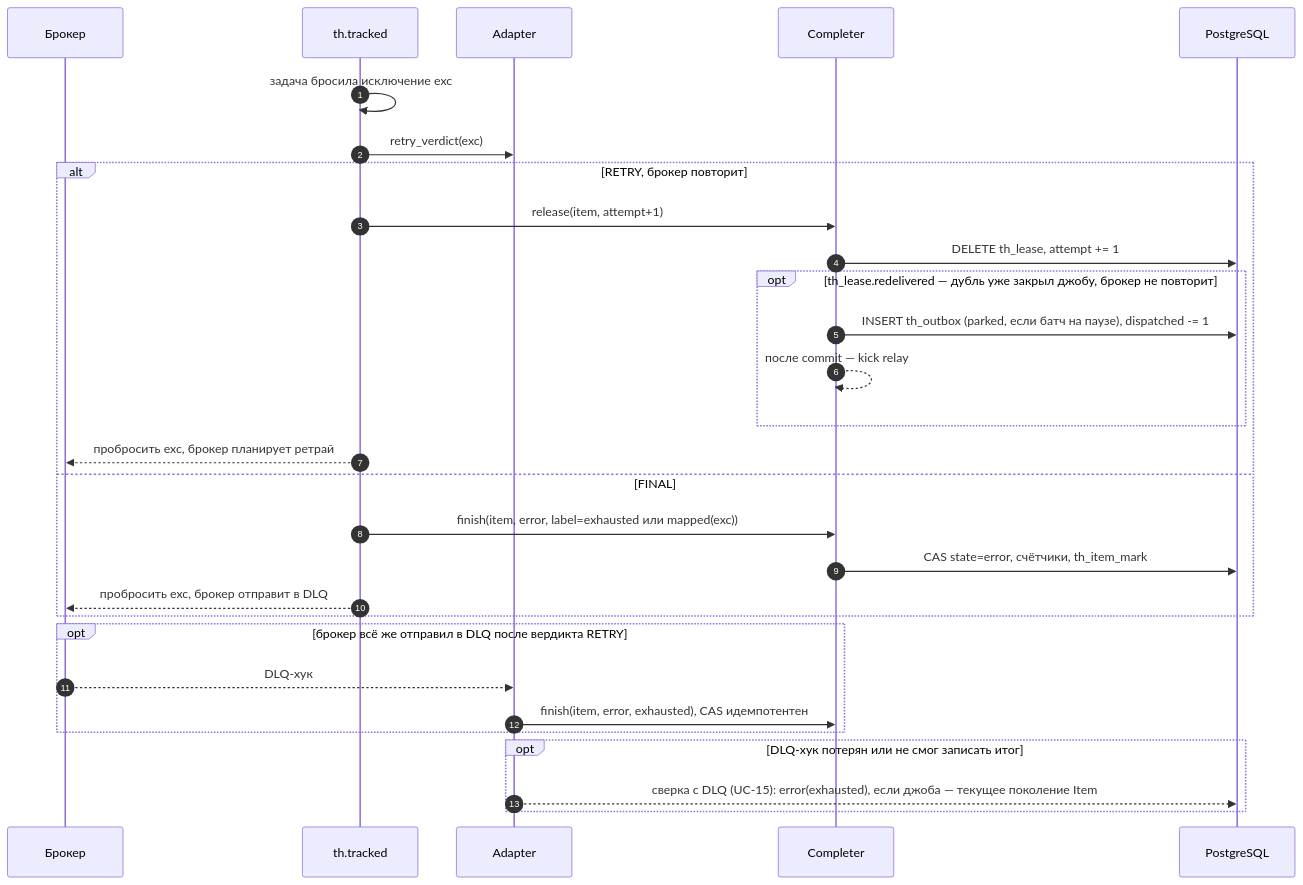
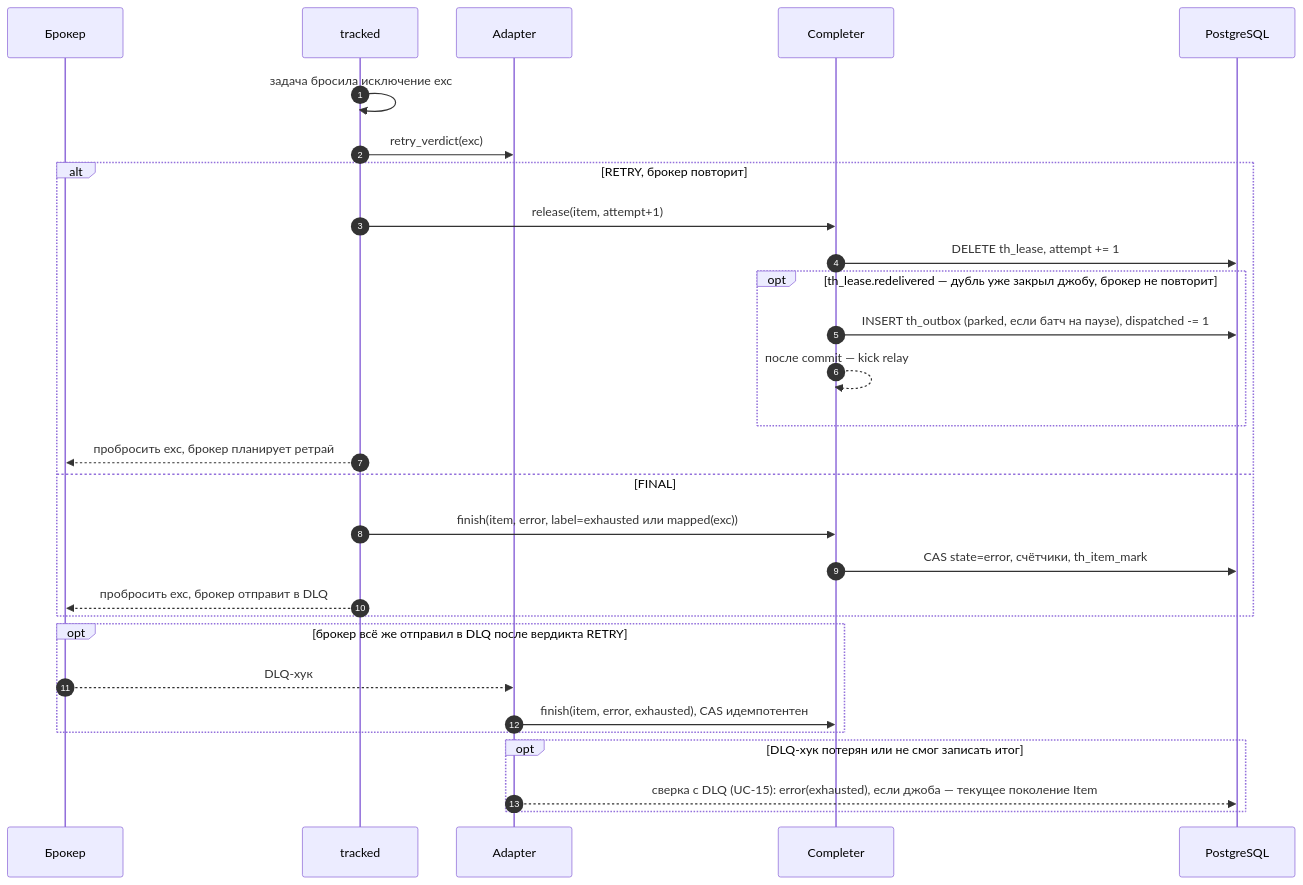
Before and after one commit to 0cherednoq/Tallyho: diagram 16 of 40 in docs/ARCHITECTURE.md, drawn with Mermaid. The commit also changed other lines of this file, not shown here.

First line of the commit message:
Fix-13: ARCHITECTURE — публичный API задачи и потоковое добавление

````diff
--- a/docs/ARCHITECTURE.md
+++ b/docs/ARCHITECTURE.md
@@ -983,32 +991,32 @@
 ```mermaid
 sequenceDiagram
     autonumber
     participant B as Брокер
-    participant MW as th.tracked
+    participant MW as tracked
     participant A as Adapter
     participant C as Completer
     participant DB as PostgreSQL
 
     MW->>MW: задача бросила исключение exc
     MW->>A: retry_verdict(exc)
     alt RETRY, брокер повторит
         MW->>C: release(item, attempt+1)
         C->>DB: DELETE th_lease, attempt += 1
         opt th_lease.redelivered — дубль уже закрыл джобу, брокер не повторит
             C->>DB: INSERT th_outbox (parked, если батч на паузе), dispatched -= 1
             C-->>C: после commit — kick relay
         end
         MW-->>B: пробросить exc, брокер планирует ретрай
     else FINAL
         MW->>C: finish(item, error, label=exhausted или mapped(exc))
         C->>DB: CAS state=error, счётчики, th_item_mark
         MW-->>B: пробросить exc, брокер отправит в DLQ
     end
     opt брокер всё же отправил в DLQ после вердикта RETRY
         B-->>A: DLQ-хук
         A->>C: finish(item, error, exhausted), CAS идемпотентен
     end
     opt DLQ-хук потерян или не смог записать итог
         A-->>DB: сверка с DLQ (UC-15): error(exhausted), если джоба — текущее поколение Item
     end
 ```
````
